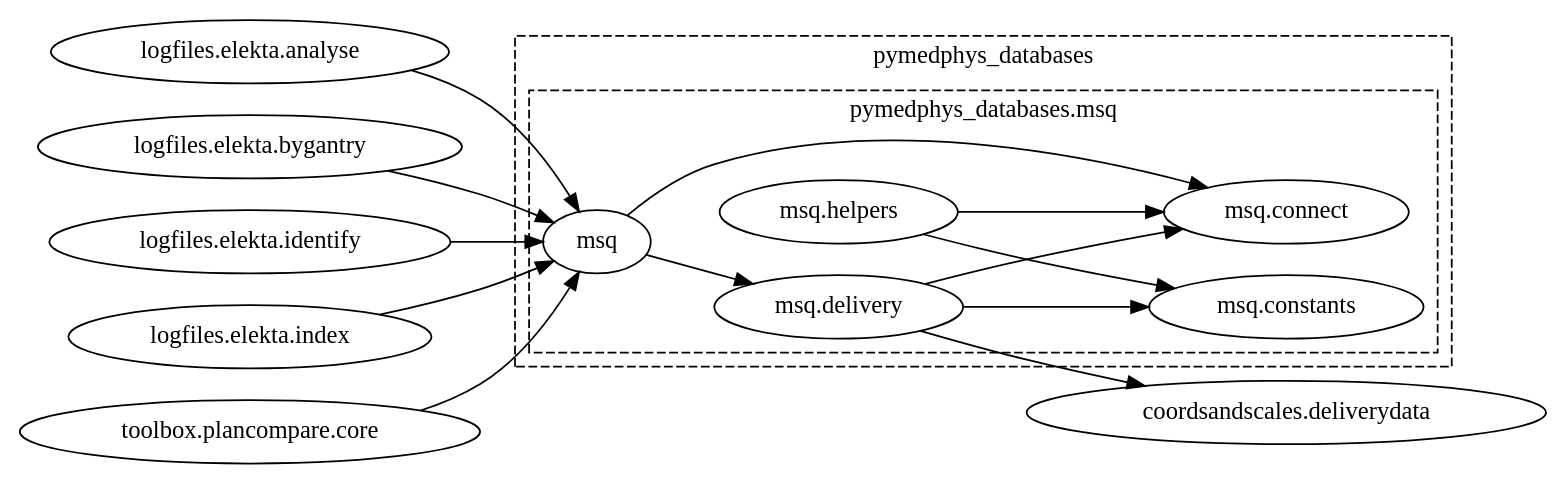
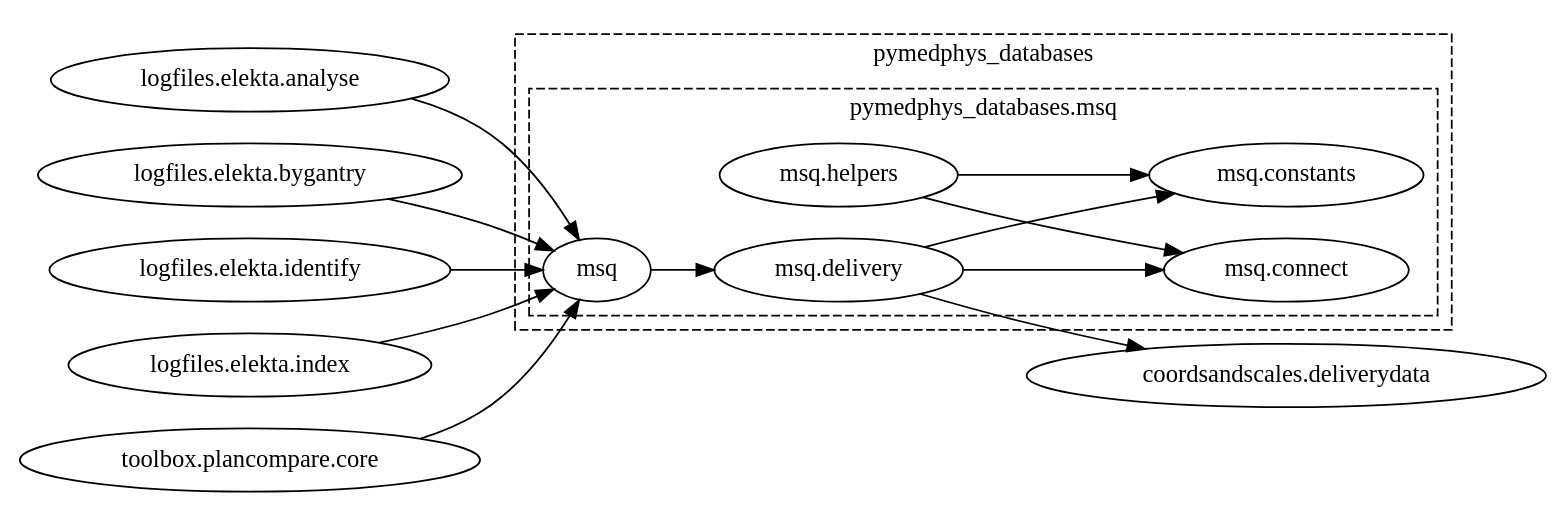
Before and after one commit to pymedphys/pymedphys: the diagram in docs/graphs/pymedphys_databases.msq.dot, drawn with Graphviz. The commit also changed 49 other files, not shown here.

Commit message:
make graph draw be compatible with windows

```diff
--- a/docs/graphs/pymedphys_databases.msq.dot
+++ b/docs/graphs/pymedphys_databases.msq.dot
@@ -1,48 +1,42 @@
-strict digraph  {
-    rankdir = LR;
-
-    subgraph cluster_0 {
-        
-        label = "pymedphys_databases";
-        style = dashed;
-
-        subgraph cluster_1 {
-            { rank = same; "pymedphys_databases.msq.connect"; "pymedphys_databases.msq.constants"; }
-            { rank = same; "pymedphys_databases.msq.delivery"; "pymedphys_databases.msq.helpers"; }
-            { rank = same; "pymedphys_databases.msq"; }
-
-            label = "pymedphys_databases.msq"
-        }
-    }
-
-    "pymedphys_coordsandscales.deliverydata" [label="coordsandscales.deliverydata"];
-    "pymedphys_databases.msq" [label="msq"];
-    "pymedphys_databases.msq.connect" [label="msq.connect"];
-    "pymedphys_databases.msq.constants" [label="msq.constants"];
-    "pymedphys_databases.msq.delivery" [label="msq.delivery"];
-    "pymedphys_databases.msq.helpers" [label="msq.helpers"];
-    "pymedphys_logfiles.elekta.analyse" [label="logfiles.elekta.analyse"];
-    "pymedphys_logfiles.elekta.bygantry" [label="logfiles.elekta.bygantry"];
-    "pymedphys_logfiles.elekta.identify" [label="logfiles.elekta.identify"];
-    "pymedphys_logfiles.elekta.index" [label="logfiles.elekta.index"];
-    "pymedphys_toolbox.plancompare.core" [label="toolbox.plancompare.core"];
-
-    "pymedphys_databases.msq" -> "pymedphys_databases.msq.connect";
-    "pymedphys_databases.msq" -> "pymedphys_databases.msq.delivery";
-    "pymedphys_logfiles.elekta.analyse" -> "pymedphys_databases.msq";
-    "pymedphys_logfiles.elekta.bygantry" -> "pymedphys_databases.msq";
-    "pymedphys_logfiles.elekta.identify" -> "pymedphys_databases.msq";
-    "pymedphys_logfiles.elekta.index" -> "pymedphys_databases.msq";
-    "pymedphys_toolbox.plancompare.core" -> "pymedphys_databases.msq";
-    "pymedphys_databases.msq" -> "pymedphys_databases.msq.connect";
-    "pymedphys_databases.msq.delivery" -> "pymedphys_databases.msq.connect";
-    "pymedphys_databases.msq.helpers" -> "pymedphys_databases.msq.connect";
-    "pymedphys_databases.msq.delivery" -> "pymedphys_databases.msq.constants";
-    "pymedphys_databases.msq.helpers" -> "pymedphys_databases.msq.constants";
-    "pymedphys_databases.msq.delivery" -> "pymedphys_coordsandscales.deliverydata";
-    "pymedphys_databases.msq.delivery" -> "pymedphys_databases.msq.connect";
-    "pymedphys_databases.msq.delivery" -> "pymedphys_databases.msq.constants";
-    "pymedphys_databases.msq" -> "pymedphys_databases.msq.delivery";
-    "pymedphys_databases.msq.helpers" -> "pymedphys_databases.msq.connect";
-    "pymedphys_databases.msq.helpers" -> "pymedphys_databases.msq.constants";
+strict digraph {
+	graph [rankdir=LR];
+	subgraph cluster_0 {
+		graph [label=pymedphys_databases,
+			style=dashed
+		];
+		subgraph cluster_1 {
+			graph [label="pymedphys_databases.msq"];
+			{
+				graph [rank=same];
+				"pymedphys_databases.msq.connect"				 [label="msq.connect"];
+				"pymedphys_databases.msq.constants"				 [label="msq.constants"];
+			}
+			{
+				graph [rank=same];
+				"pymedphys_databases.msq.delivery"				 [label="msq.delivery"];
+				"pymedphys_databases.msq.helpers"				 [label="msq.helpers"];
+			}
+			{
+				graph [rank=same];
+				"pymedphys_databases.msq"				 [label=msq];
+			}
+		}
+	}
+	"pymedphys_databases.msq.delivery" -> "pymedphys_databases.msq.connect";
+	"pymedphys_databases.msq.delivery" -> "pymedphys_databases.msq.constants";
+	"pymedphys_coordsandscales.deliverydata"	 [label="coordsandscales.deliverydata"];
+	"pymedphys_databases.msq.delivery" -> "pymedphys_coordsandscales.deliverydata";
+	"pymedphys_databases.msq.helpers" -> "pymedphys_databases.msq.connect";
+	"pymedphys_databases.msq.helpers" -> "pymedphys_databases.msq.constants";
+	"pymedphys_databases.msq" -> "pymedphys_databases.msq.delivery";
+	"pymedphys_logfiles.elekta.analyse"	 [label="logfiles.elekta.analyse"];
+	"pymedphys_logfiles.elekta.analyse" -> "pymedphys_databases.msq";
+	"pymedphys_logfiles.elekta.bygantry"	 [label="logfiles.elekta.bygantry"];
+	"pymedphys_logfiles.elekta.bygantry" -> "pymedphys_databases.msq";
+	"pymedphys_logfiles.elekta.identify"	 [label="logfiles.elekta.identify"];
+	"pymedphys_logfiles.elekta.identify" -> "pymedphys_databases.msq";
+	"pymedphys_logfiles.elekta.index"	 [label="logfiles.elekta.index"];
+	"pymedphys_logfiles.elekta.index" -> "pymedphys_databases.msq";
+	"pymedphys_toolbox.plancompare.core"	 [label="toolbox.plancompare.core"];
+	"pymedphys_toolbox.plancompare.core" -> "pymedphys_databases.msq";
 }
```
